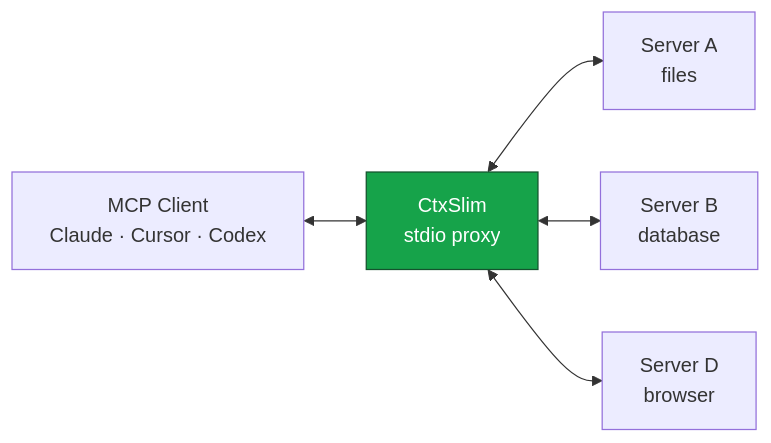
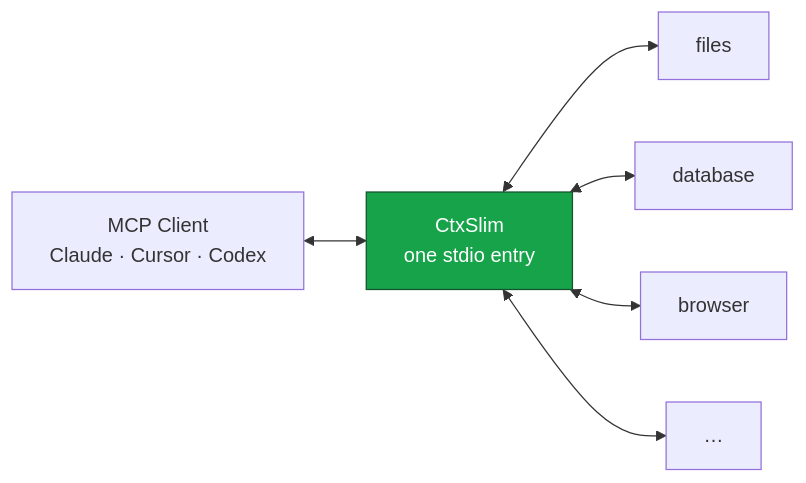
One commit to v01dst/ctxslim changed the diagram in README.md. Above: the diagram before and after it, drawn with Mermaid. The commit also changed other lines of this file and 2 other files, not shown here.

````diff
--- a/README.md
+++ b/README.md
@@ -108,8 +53,9 @@
 ```mermaid
 flowchart LR
-    C[MCP Client<br/>Claude · Cursor · Codex] <--> S[CtxSlim<br/>stdio proxy]
-    S <--> A[Server A<br/>files]
-    S <--> B[Server B<br/>database]
-    S <--> D[Server D<br/>browser]
+    C[MCP Client<br/>Claude · Cursor · Codex] <--> S[CtxSlim<br/>one stdio entry]
+    S <--> A[files]
+    S <--> B[database]
+    S <--> D[browser]
+    S <--> E[…]
     style S fill:#16a34a,stroke:#14532d,color:#fff
 ```
````
